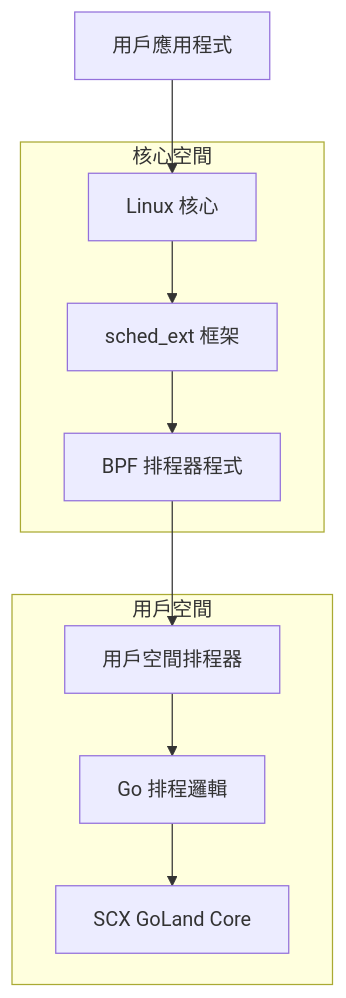
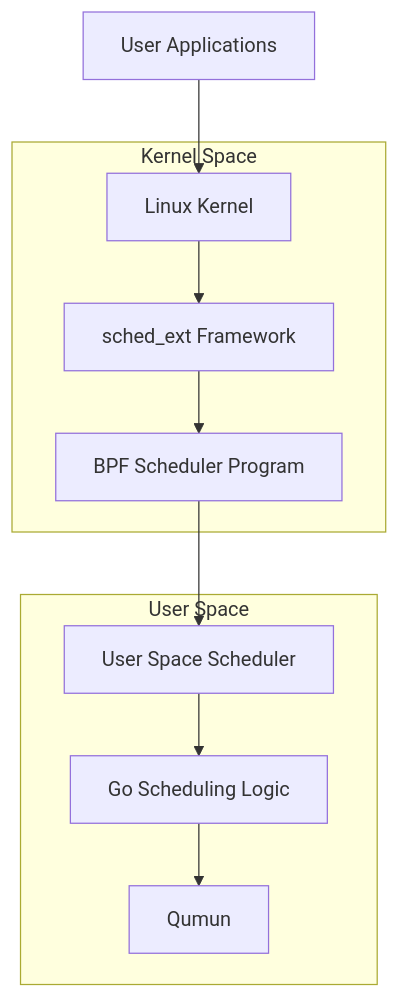
One commit to Gthulhu/docs changed the first of 6 diagrams in docs/how-it-works.md. Above: the diagram before and after it, drawn with Mermaid. The commit also changed other lines of this file and 29 other files, not shown here.

````diff
--- a/docs/how-it-works.md
+++ b/docs/how-it-works.md
@@ -11,21 +11,21 @@
 ```mermaid
 graph TB
-    A[用戶應用程式] --> B[Linux 核心]
-    B --> C[sched_ext 框架]
-    C --> D[BPF 排程器程式]
-    D --> E[用戶空間排程器]
-    E --> F[Go 排程邏輯]
-    F --> G[SCX GoLand Core]
+    A[User Applications] --> B[Linux Kernel]
+    B --> C[sched_ext Framework]
+    C --> D[BPF Scheduler Program]
+    D --> E[User Space Scheduler]
+    E --> F[Go Scheduling Logic]
+    F --> G[Qumun]
     
-    subgraph "核心空間"
+    subgraph "Kernel Space"
         B
         C
         D
     end
     
-    subgraph "用戶空間"
+    subgraph "User Space"
         E
         F
         G
     end
 ```
````
